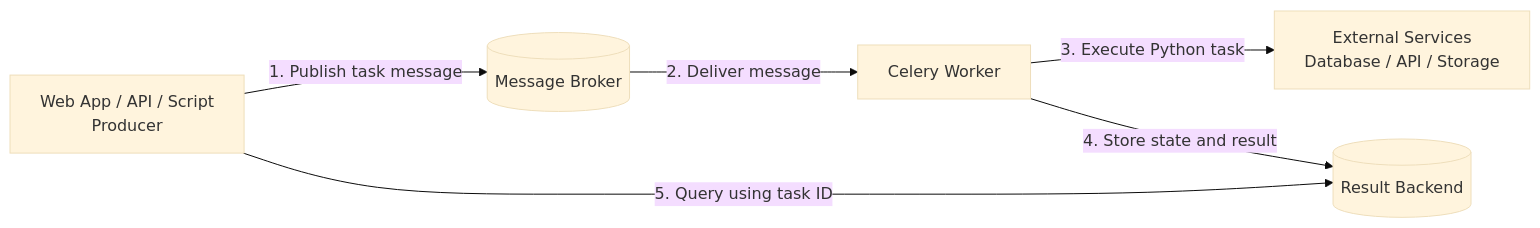
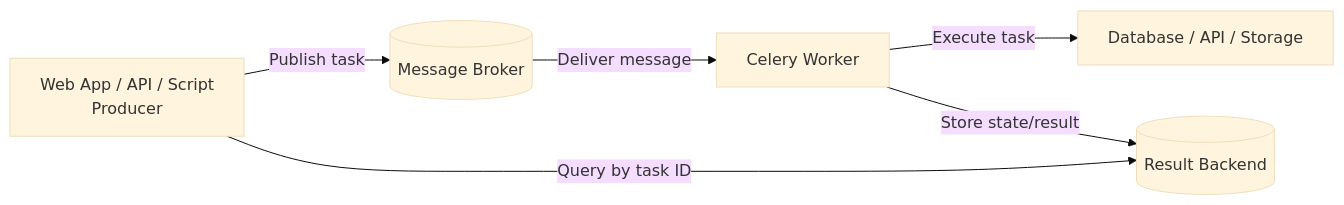
Before and after one commit to AvadhBhalodiya/Interview-Preparation: the first of 4 diagrams in src/content/task-processing/celery-architecture.md, drawn with Mermaid (base theme). The commit also changed other lines of this file and 80 other files, not shown here.

````diff
--- a/src/content/task-processing/celery-architecture.md
+++ b/src/content/task-processing/celery-architecture.md
@@ -22,8 +23,13 @@
 ```mermaid
 flowchart LR
-    A[Web App / API / Script<br/>Producer] -->|1. Publish task message| B[(Message Broker)]
-    B -->|2. Deliver message| C[Celery Worker]
-    C -->|3. Execute Python task| D[External Services<br/>Database / API / Storage]
-    C -->|4. Store state and result| E[(Result Backend)]
-    A -->|5. Query using task ID| E
+    A[Web App / API / Script<br/>Producer]
+        -->|Publish task| B[(Message Broker)]
+
+    B -->|Deliver message| C[Celery Worker]
+
+    C -->|Execute task| D[Database / API / Storage]
+
+    C -->|Store state/result| E[(Result Backend)]
+
+    A -->|Query by task ID| E
 ```
````
